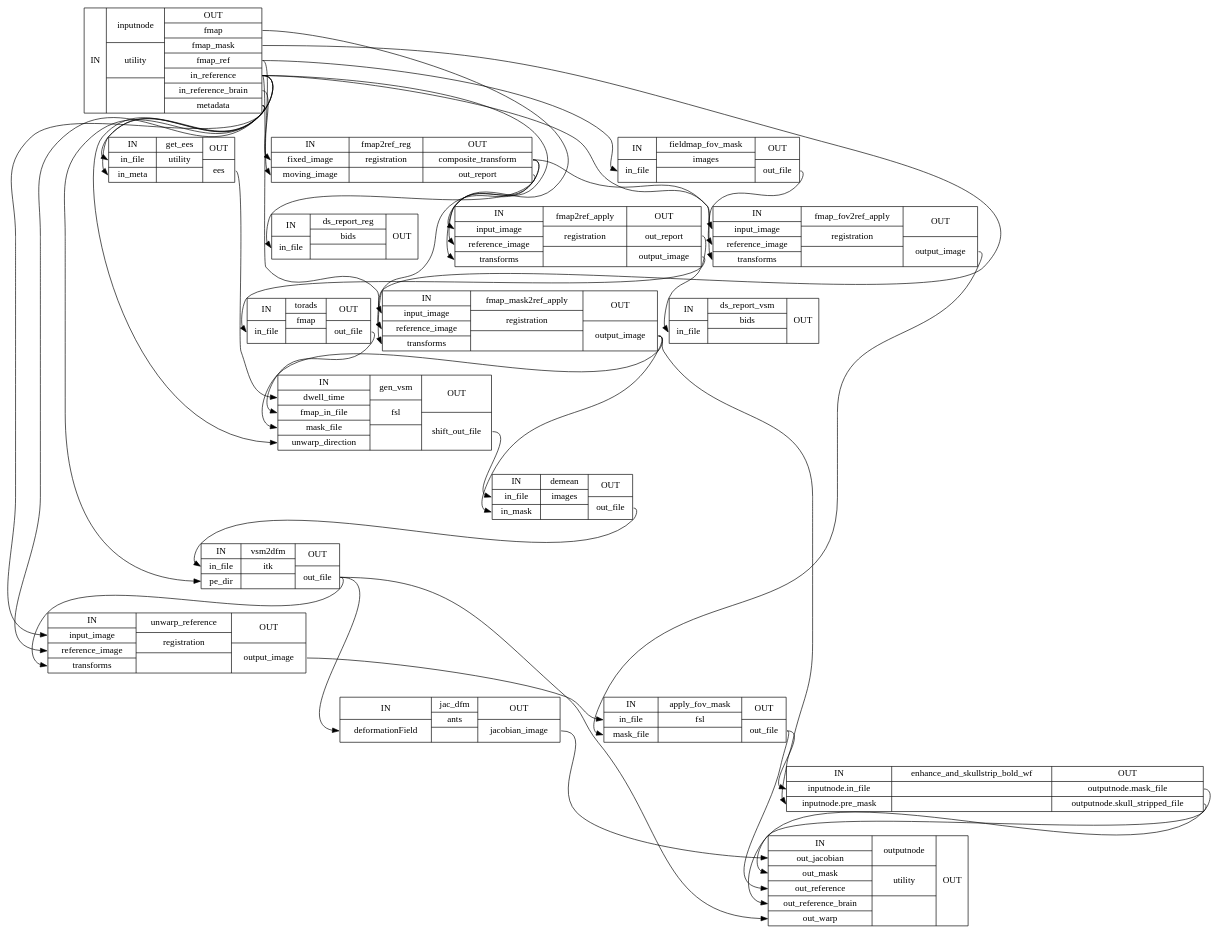
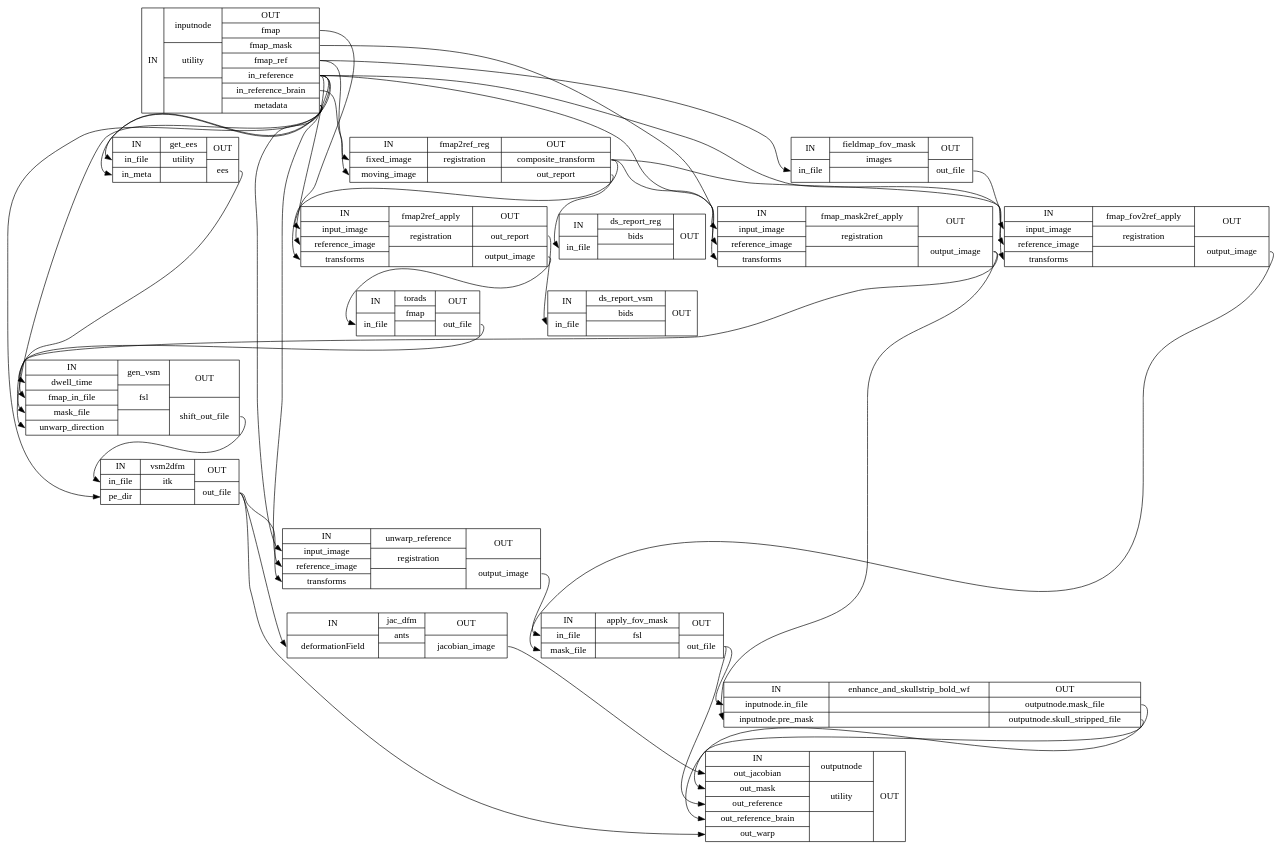
Before and after one commit to wayne009007/sdcflows: the diagram in wf_directive/api/sdc_unwarp_wf/sdcflows-workflows-unwarp-2_detailed.dot, drawn with Graphviz. The commit also changed 217 other files, not shown here.

```diff
--- a/wf_directive/api/sdc_unwarp_wf/sdcflows-workflows-unwarp-2_detailed.dot
+++ b/wf_directive/api/sdc_unwarp_wf/sdcflows-workflows-unwarp-2_detailed.dot
@@ -1,59 +1,56 @@
 digraph structs {
 node [shape=record];
 sdc_unwarp_wfinputnode [label="{IN}|{ inputnode | utility |  }|{OUT|<outfmap> fmap|<outfmapmask> fmap_mask|<outfmapref> fmap_ref|<outinreference> in_reference|<outinreferencebrain> in_reference_brain|<outmetadata> metadata}"];
 sdc_unwarp_wffieldmap_fov_mask [label="{IN|<ininfile> in_file}|{ fieldmap_fov_mask | images |  }|{OUT|<outoutfile> out_file}"];
 sdc_unwarp_wfget_ees [label="{IN|<ininfile> in_file|<ininmeta> in_meta}|{ get_ees | utility |  }|{OUT|<outees> ees}"];
 sdc_unwarp_wffmap2ref_reg [label="{IN|<infixedimage> fixed_image|<inmovingimage> moving_image}|{ fmap2ref_reg | registration |  }|{OUT|<outcompositetransform> composite_transform|<outoutreport> out_report}"];
 sdc_unwarp_wffmap_fov2ref_apply [label="{IN|<ininputimage> input_image|<inreferenceimage> reference_image|<intransforms> transforms}|{ fmap_fov2ref_apply | registration |  }|{OUT|<outoutputimage> output_image}"];
 sdc_unwarp_wfds_report_reg [label="{IN|<ininfile> in_file}|{ ds_report_reg | bids |  }|{OUT}"];
 sdc_unwarp_wffmap_mask2ref_apply [label="{IN|<ininputimage> input_image|<inreferenceimage> reference_image|<intransforms> transforms}|{ fmap_mask2ref_apply | registration |  }|{OUT|<outoutputimage> output_image}"];
 sdc_unwarp_wffmap2ref_apply [label="{IN|<ininputimage> input_image|<inreferenceimage> reference_image|<intransforms> transforms}|{ fmap2ref_apply | registration |  }|{OUT|<outoutreport> out_report|<outoutputimage> output_image}"];
 sdc_unwarp_wftorads [label="{IN|<ininfile> in_file}|{ torads | fmap |  }|{OUT|<outoutfile> out_file}"];
 sdc_unwarp_wfgen_vsm [label="{IN|<indwelltime> dwell_time|<infmapinfile> fmap_in_file|<inmaskfile> mask_file|<inunwarpdirection> unwarp_direction}|{ gen_vsm | fsl |  }|{OUT|<outshiftoutfile> shift_out_file}"];
-sdc_unwarp_wfdemean [label="{IN|<ininfile> in_file|<ininmask> in_mask}|{ demean | images |  }|{OUT|<outoutfile> out_file}"];
 sdc_unwarp_wfvsm2dfm [label="{IN|<ininfile> in_file|<inpedir> pe_dir}|{ vsm2dfm | itk |  }|{OUT|<outoutfile> out_file}"];
 sdc_unwarp_wfjac_dfm [label="{IN|<indeformationField> deformationField}|{ jac_dfm | ants |  }|{OUT|<outjacobianimage> jacobian_image}"];
 sdc_unwarp_wfunwarp_reference [label="{IN|<ininputimage> input_image|<inreferenceimage> reference_image|<intransforms> transforms}|{ unwarp_reference | registration |  }|{OUT|<outoutputimage> output_image}"];
 sdc_unwarp_wfapply_fov_mask [label="{IN|<ininfile> in_file|<inmaskfile> mask_file}|{ apply_fov_mask | fsl |  }|{OUT|<outoutfile> out_file}"];
 sdc_unwarp_wfenhance_and_skullstrip_bold_wf [label="{IN|<ininputnodeinfile> inputnode.in_file|<ininputnodepremask> inputnode.pre_mask}|{ enhance_and_skullstrip_bold_wf |  |  }|{OUT|<outoutputnodemaskfile> outputnode.mask_file|<outoutputnodeskullstrippedfile> outputnode.skull_stripped_file}"];
 sdc_unwarp_wfoutputnode [label="{IN|<inoutjacobian> out_jacobian|<inoutmask> out_mask|<inoutreference> out_reference|<inoutreferencebrain> out_reference_brain|<inoutwarp> out_warp}|{ outputnode | utility |  }|{OUT}"];
 sdc_unwarp_wfds_report_vsm [label="{IN|<ininfile> in_file}|{ ds_report_vsm | bids |  }|{OUT}"];
 sdc_unwarp_wfapply_fov_mask:outoutfile:e -> sdc_unwarp_wfenhance_and_skullstrip_bold_wf:ininputnodeinfile:w;
 sdc_unwarp_wfapply_fov_mask:outoutfile:e -> sdc_unwarp_wfoutputnode:inoutreference:w;
-sdc_unwarp_wfdemean:outoutfile:e -> sdc_unwarp_wfvsm2dfm:ininfile:w;
 sdc_unwarp_wfenhance_and_skullstrip_bold_wf:outoutputnodemaskfile:e -> sdc_unwarp_wfoutputnode:inoutmask:w;
 sdc_unwarp_wfenhance_and_skullstrip_bold_wf:outoutputnodeskullstrippedfile:e -> sdc_unwarp_wfoutputnode:inoutreferencebrain:w;
 sdc_unwarp_wffieldmap_fov_mask:outoutfile:e -> sdc_unwarp_wffmap_fov2ref_apply:ininputimage:w;
 sdc_unwarp_wffmap2ref_apply:outoutputimage:e -> sdc_unwarp_wftorads:ininfile:w;
 sdc_unwarp_wffmap2ref_apply:outoutreport:e -> sdc_unwarp_wfds_report_vsm:ininfile:w;
 sdc_unwarp_wffmap2ref_reg:outcompositetransform:e -> sdc_unwarp_wffmap2ref_apply:intransforms:w;
 sdc_unwarp_wffmap2ref_reg:outcompositetransform:e -> sdc_unwarp_wffmap_fov2ref_apply:intransforms:w;
 sdc_unwarp_wffmap2ref_reg:outcompositetransform:e -> sdc_unwarp_wffmap_mask2ref_apply:intransforms:w;
 sdc_unwarp_wffmap2ref_reg:outoutreport:e -> sdc_unwarp_wfds_report_reg:ininfile:w;
 sdc_unwarp_wffmap_fov2ref_apply:outoutputimage:e -> sdc_unwarp_wfapply_fov_mask:inmaskfile:w;
-sdc_unwarp_wffmap_mask2ref_apply:outoutputimage:e -> sdc_unwarp_wfdemean:ininmask:w;
 sdc_unwarp_wffmap_mask2ref_apply:outoutputimage:e -> sdc_unwarp_wfenhance_and_skullstrip_bold_wf:ininputnodepremask:w;
 sdc_unwarp_wffmap_mask2ref_apply:outoutputimage:e -> sdc_unwarp_wfgen_vsm:inmaskfile:w;
-sdc_unwarp_wfgen_vsm:outshiftoutfile:e -> sdc_unwarp_wfdemean:ininfile:w;
+sdc_unwarp_wfgen_vsm:outshiftoutfile:e -> sdc_unwarp_wfvsm2dfm:ininfile:w;
 sdc_unwarp_wfget_ees:outees:e -> sdc_unwarp_wfgen_vsm:indwelltime:w;
 sdc_unwarp_wfinputnode:outfmap:e -> sdc_unwarp_wffmap2ref_apply:ininputimage:w;
 sdc_unwarp_wfinputnode:outfmapmask:e -> sdc_unwarp_wffmap_mask2ref_apply:ininputimage:w;
 sdc_unwarp_wfinputnode:outfmapref:e -> sdc_unwarp_wffieldmap_fov_mask:ininfile:w;
 sdc_unwarp_wfinputnode:outfmapref:e -> sdc_unwarp_wffmap2ref_reg:inmovingimage:w;
 sdc_unwarp_wfinputnode:outinreference:e -> sdc_unwarp_wffmap2ref_apply:inreferenceimage:w;
 sdc_unwarp_wfinputnode:outinreference:e -> sdc_unwarp_wffmap_fov2ref_apply:inreferenceimage:w;
 sdc_unwarp_wfinputnode:outinreference:e -> sdc_unwarp_wffmap_mask2ref_apply:inreferenceimage:w;
 sdc_unwarp_wfinputnode:outinreference:e -> sdc_unwarp_wfget_ees:ininfile:w;
 sdc_unwarp_wfinputnode:outinreference:e -> sdc_unwarp_wfunwarp_reference:ininputimage:w;
 sdc_unwarp_wfinputnode:outinreference:e -> sdc_unwarp_wfunwarp_reference:inreferenceimage:w;
 sdc_unwarp_wfinputnode:outinreferencebrain:e -> sdc_unwarp_wffmap2ref_reg:infixedimage:w;
 sdc_unwarp_wfinputnode:outmetadata:e -> sdc_unwarp_wfgen_vsm:inunwarpdirection:w;
 sdc_unwarp_wfinputnode:outmetadata:e -> sdc_unwarp_wfget_ees:ininmeta:w;
 sdc_unwarp_wfinputnode:outmetadata:e -> sdc_unwarp_wfvsm2dfm:inpedir:w;
 sdc_unwarp_wfjac_dfm:outjacobianimage:e -> sdc_unwarp_wfoutputnode:inoutjacobian:w;
 sdc_unwarp_wftorads:outoutfile:e -> sdc_unwarp_wfgen_vsm:infmapinfile:w;
 sdc_unwarp_wfunwarp_reference:outoutputimage:e -> sdc_unwarp_wfapply_fov_mask:ininfile:w;
 sdc_unwarp_wfvsm2dfm:outoutfile:e -> sdc_unwarp_wfjac_dfm:indeformationField:w;
 sdc_unwarp_wfvsm2dfm:outoutfile:e -> sdc_unwarp_wfoutputnode:inoutwarp:w;
 sdc_unwarp_wfvsm2dfm:outoutfile:e -> sdc_unwarp_wfunwarp_reference:intransforms:w;
 }
```
